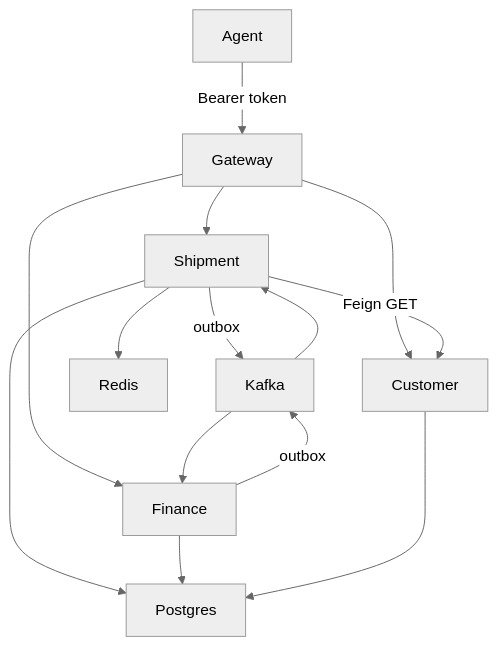
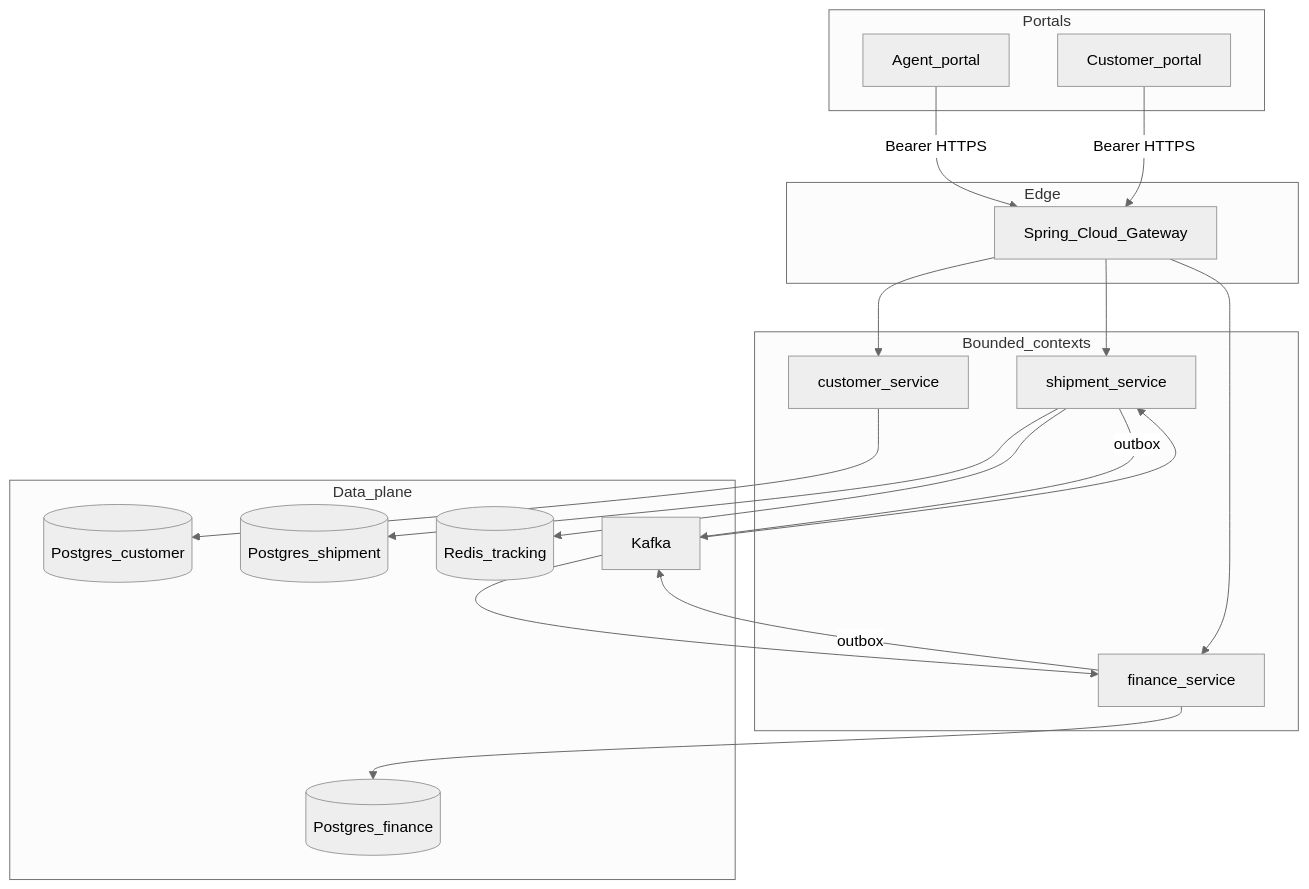
The first of 7 diagrams in README.md (iHassanUsman/harbor-logistics-platform), drawn with Mermaid (neutral theme) before and after one commit. The commit also changed other lines of this file, not shown here.

````diff
--- a/README.md
+++ b/README.md
@@ -11,16 +19,39 @@
 ```mermaid
 flowchart TB
-  Agent -->|Bearer token| Gateway
-  Gateway --> Customer
-  Gateway --> Shipment
-  Gateway --> Finance
-  Shipment -->|Feign GET| Customer
-  Shipment -->|outbox| Kafka
-  Kafka --> Finance
-  Finance -->|outbox| Kafka
-  Kafka --> Shipment
-  Shipment --> Redis
-  Shipment --> Postgres
-  Finance --> Postgres
-  Customer --> Postgres
+  subgraph portals [Portals]
+    Agent[Agent_portal]
+    Customer[Customer_portal]
+  end
+
+  subgraph edge [Edge]
+    Gw[Spring_Cloud_Gateway]
+  end
+
+  subgraph domains [Bounded_contexts]
+    CustSvc[customer_service]
+    ShipSvc[shipment_service]
+    FinSvc[finance_service]
+  end
+
+  subgraph data [Data_plane]
+    PgC[(Postgres_customer)]
+    PgS[(Postgres_shipment)]
+    PgF[(Postgres_finance)]
+    Redis[(Redis_tracking)]
+    Kafka[Kafka]
+  end
+
+  Agent -->|Bearer HTTPS| Gw
+  Customer -->|Bearer HTTPS| Gw
+  Gw --> CustSvc
+  Gw --> ShipSvc
+  Gw --> FinSvc
+  CustSvc --> PgC
+  ShipSvc --> PgS
+  ShipSvc --> Redis
+  FinSvc --> PgF
+  ShipSvc -->|outbox| Kafka
+  FinSvc -->|outbox| Kafka
+  Kafka --> FinSvc
+  Kafka --> ShipSvc
 ```
````
